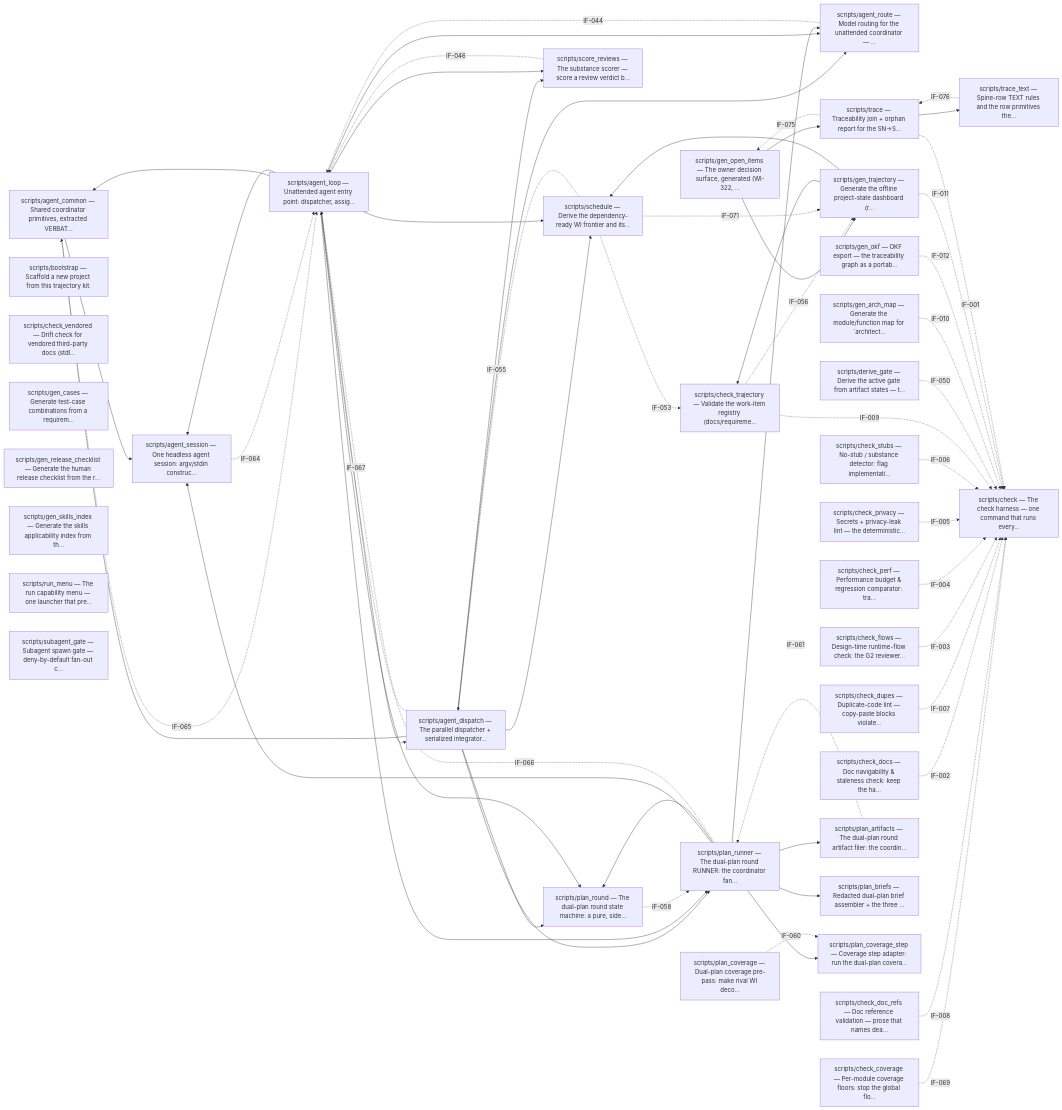
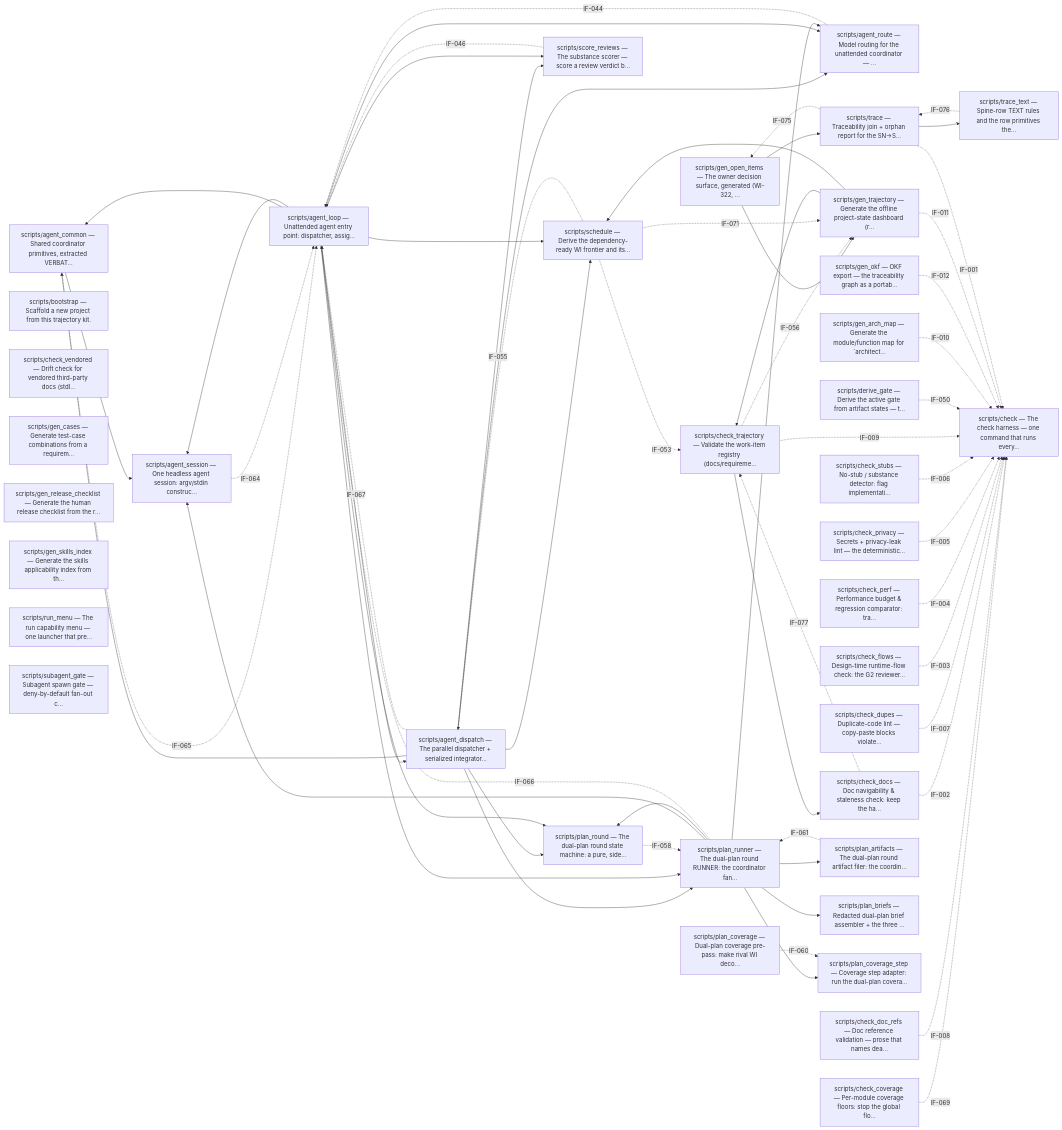
The first of 4 diagrams in docs/architecture.md (diytechy/ai-template), drawn with Mermaid before and after one commit. The commit also changed other lines of this file and 12 other files, not shown here.

```diff
--- a/docs/architecture.md
+++ b/docs/architecture.md
@@ -88,6 +88,7 @@
     m_scripts_agent_loop --> m_scripts_plan_runner
     m_scripts_agent_loop --> m_scripts_schedule
     m_scripts_agent_loop --> m_scripts_score_reviews
+    m_scripts_check_trajectory --> m_scripts_check_docs
     m_scripts_gen_open_items --> m_scripts_gen_trajectory
     m_scripts_gen_open_items --> m_scripts_trace
     m_scripts_gen_trajectory --> m_scripts_check_trajectory
@@ -106,6 +107,7 @@
     m_scripts_check_coverage -. IF-069 .-> m_scripts_check
     m_scripts_check_doc_refs -. IF-008 .-> m_scripts_check
     m_scripts_check_docs -. IF-002 .-> m_scripts_check
+    m_scripts_check_docs -. IF-077 .-> m_scripts_check_trajectory
     m_scripts_check_dupes -. IF-007 .-> m_scripts_check
     m_scripts_check_flows -. IF-003 .-> m_scripts_check
     m_scripts_check_perf -. IF-004 .-> m_scripts_check
```
